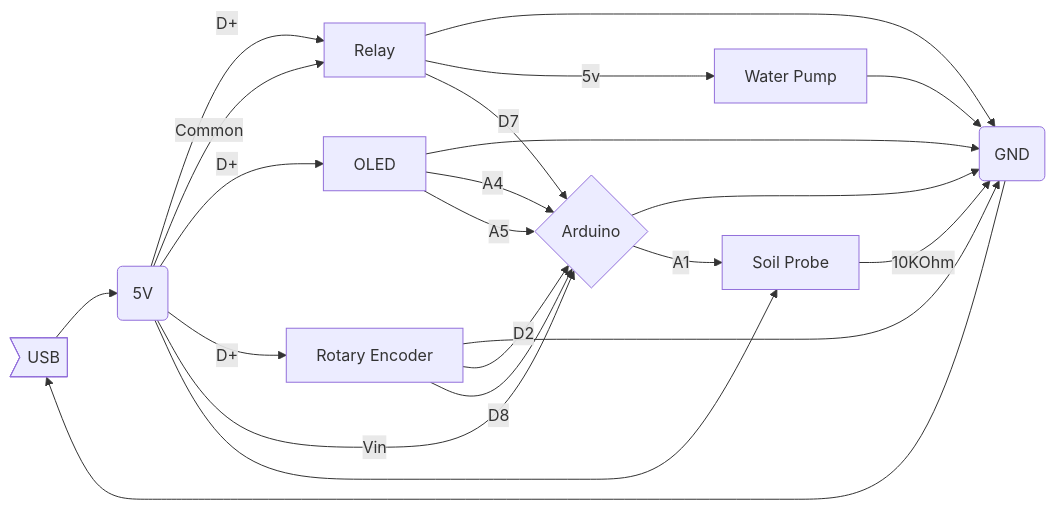
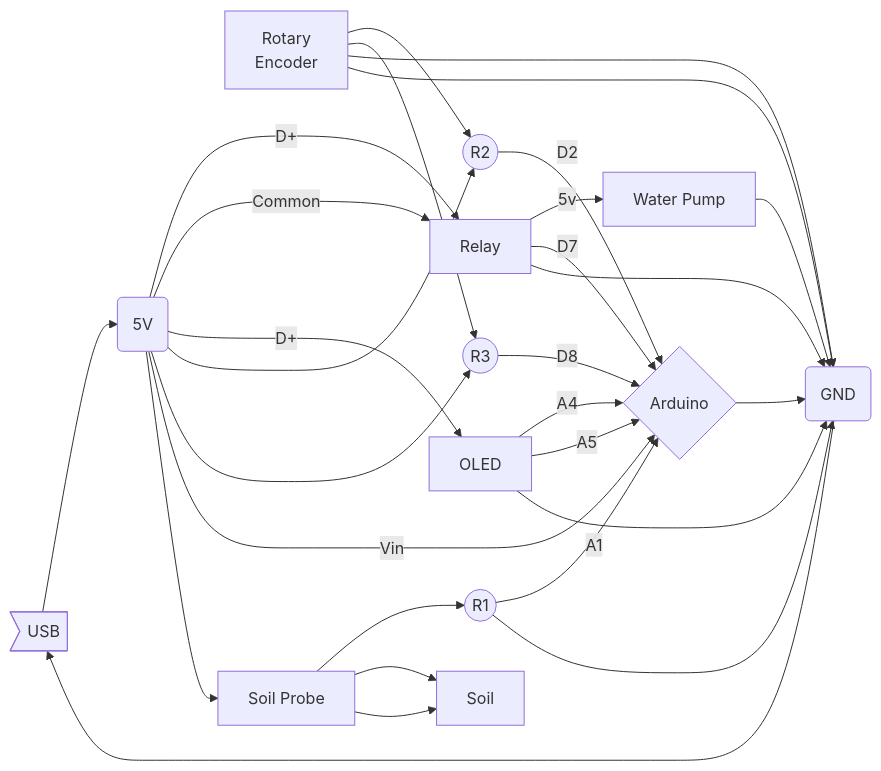
The second of 2 diagrams in README.md (mcguirepr89/Automatic-Watering-System), drawn with Mermaid before and after one commit. The commit also changed other lines of this file, not shown here.

````diff
--- a/README.md
+++ b/README.md
@@ -25,39 +36,50 @@
 ```mermaid
 graph LR
 
+%% Modules
 %% Vinput
-God>USB] 
-God --> E
-F --> God
-
+Uod>USB] 
+Uod --> V
+G --> Uod
+R[Relay]
+R --5v--> I
+O[OLED] 
+RE[Rotary<br/>Encoder]
+SP[Soil Probe]
+R1 --A1--> A
+SP --> R1
+SP --> S
+SP --> S 
+I[Water Pump]
+S[Soil]
+%% Microcontroller board
+A{Arduino}
+R -- D7 --> A
+O -- A4 --> A
+O -- A5 --> A
+R2 -- D2 --> A
+R3 -- D8 --> A
+RE--> R2
+RE --> R3
+%% Resistor Nodes
+R1((R1))
+R2((R2))
+R3((R3))
 %% Power rails
-E(5V)
-E --D+--> A
-E --Common--> A
-E --D+--> B
-E --D+--> C
-E --Vin--> D
-E --> H
-F(GND)
-A --> F
-B --> F
-C --> F
-D --> F
-H --10KOhm--> F
-I --> F
-%% Modules
-A[Relay]
-A --5v--> I
-B[OLED] 
-C[Rotary Encoder]
-H[Soil Probe] 
-I[Water Pump]
-%% Microcontroller board
-D{Arduino}
-A -- D7 --> D
-B -- A4 --> D
-B -- A5 --> D
-C -- D2 --> D
-C -- D8 --> D
-D -- A1 --> H
+V(5V)
+V --D+--> R
+V --Common--> R
+V --D+--> O
+V --> R2
+V --> R3
+V --Vin--> A
+V --> SP
+G(GND)
+R --> G
+O --> G
+RE --> G
+RE --> G
+A --> G
+I --> G
+R1 --> G
 ```
````
